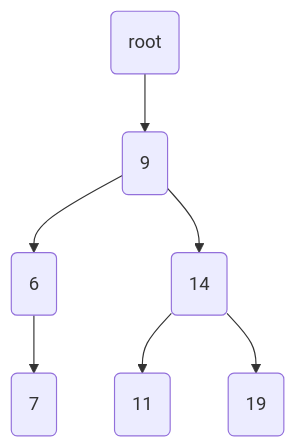
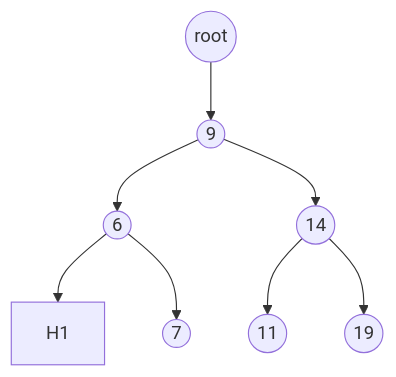
One commit to jayshozie/ceng301 changed the second of 4 diagrams in lecture-notes/w07.md. Above: the diagram before and after it, drawn with Mermaid. The commit also changed other lines of this file, not shown here.

````diff
--- a/lecture-notes/w07.md
+++ b/lecture-notes/w07.md
@@ -249,10 +254,11 @@
 ```mermaid
 graph TD
 
-A(root) --> B(9)
-B(9) --> C(6)
-C --> E(7)
-B(9) --> D(14)
-D --> F(11)
-D --> G(19)
+A((root)) --> B((9))
+B((9)) --> C((6))
+C --> H1:::hidden
+C --> E((7))
+B((9)) --> D((14))
+D --> F((11))
+D --> G((19))
 ```
````
